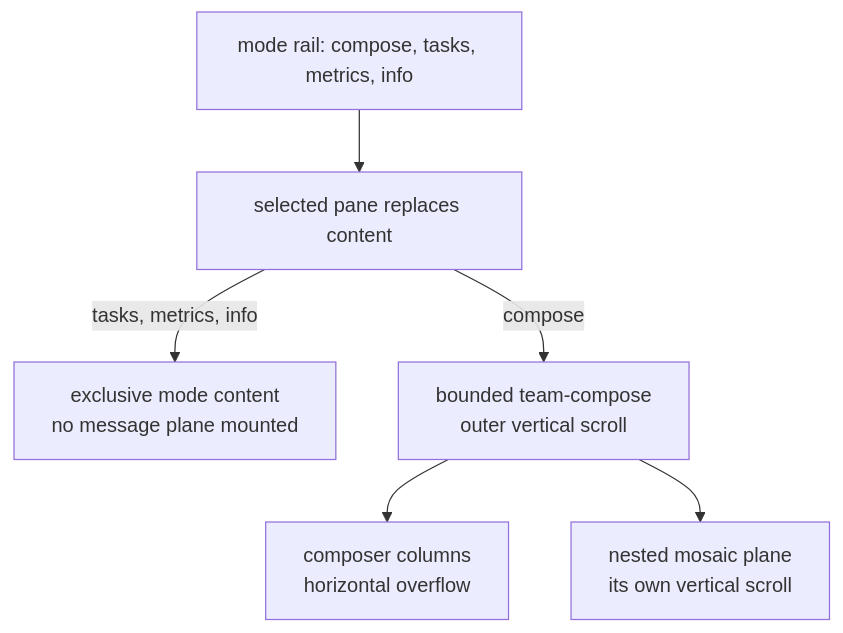
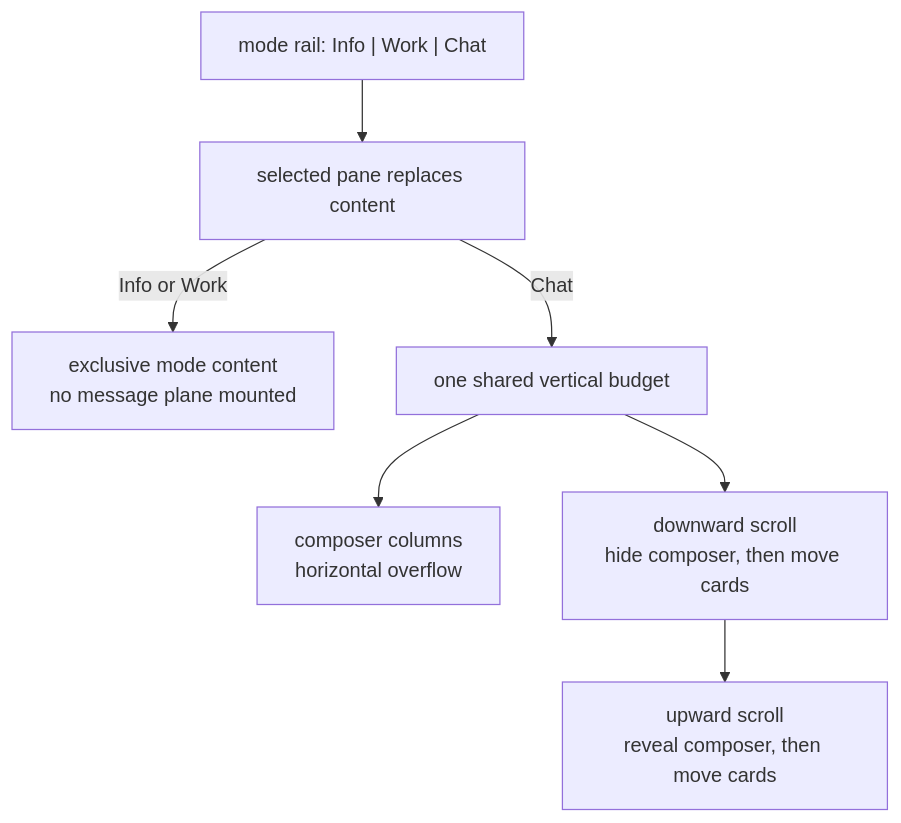
Diagram 20 of 25 in docs/product/value.md (infimalabs/spice-rust), drawn with Mermaid before and after one commit. The commit also changed other lines of this file and 6 other files, not shown here.

Commit message:
Restore scroll-linked composer collapse

````diff
--- a/docs/product/value.md
+++ b/docs/product/value.md
@@ -545,8 +545,9 @@
 ```mermaid
 flowchart TD
-  R["mode rail: compose, tasks, metrics, info"] --> P["selected pane replaces content"]
-  P -- "tasks, metrics, info" --> X["exclusive mode content<br/>no message plane mounted"]
-  P -- "compose" --> C["bounded team-compose<br/>outer vertical scroll"]
+  R["mode rail: Info | Work | Chat"] --> P["selected pane replaces content"]
+  P -- "Info or Work" --> X["exclusive mode content<br/>no message plane mounted"]
+  P -- "Chat" --> C["one shared vertical budget"]
   C --> H["composer columns<br/>horizontal overflow"]
-  C --> S["nested mosaic plane<br/>its own vertical scroll"]
+  C --> S["downward scroll<br/>hide composer, then move cards"]
+  S --> U["upward scroll<br/>reveal composer, then move cards"]
 ```
````
